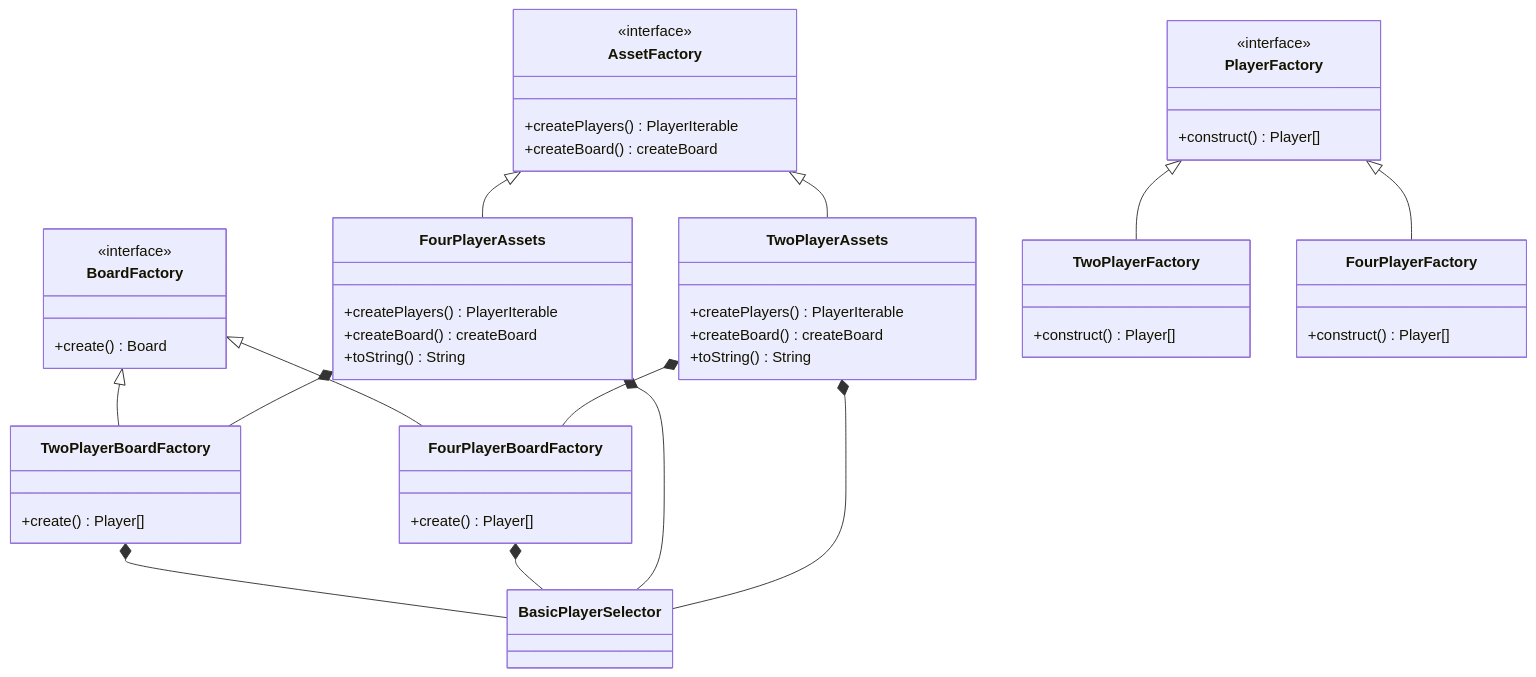
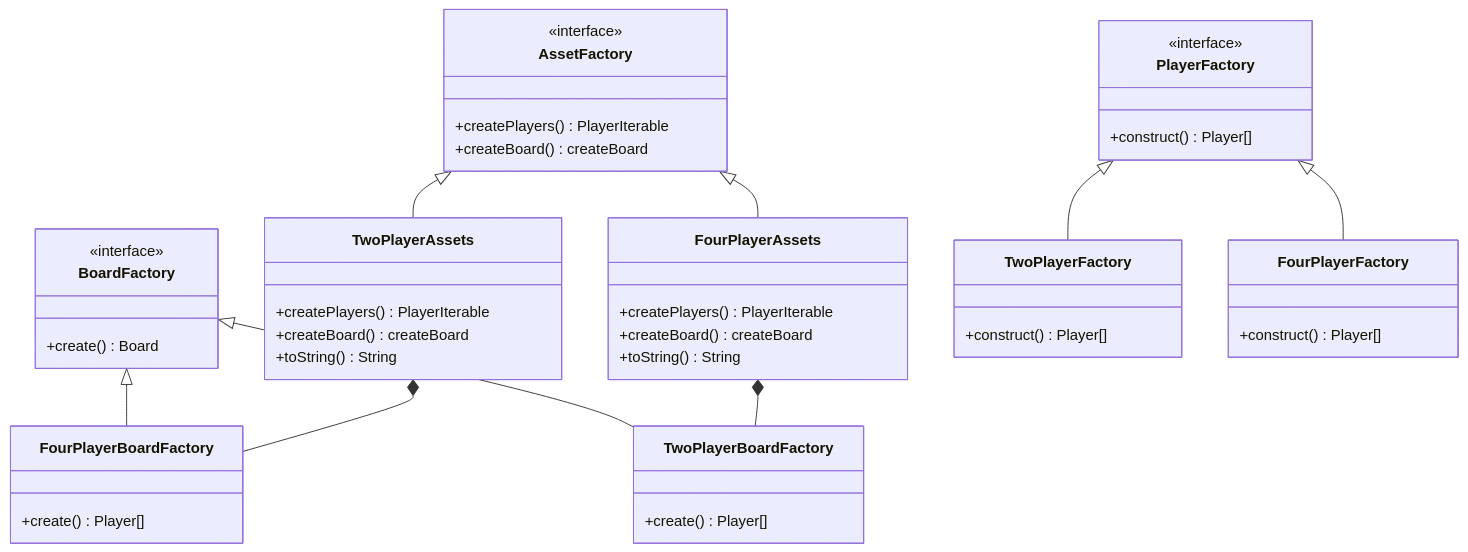
The fourth of 4 diagrams in README.md (Luke3470/DesignPaternsUni), drawn with Mermaid before and after one commit.

Commit message:
Player Graph Done

````diff
--- a/README.md
+++ b/README.md
@@ -120,59 +120,54 @@
 ```mermaid
 classDiagram
 
     class AssetFactory {
         <<interface>>
         +createPlayers() PlayerIterable
         +createBoard() createBoard
     }
     
     class BoardFactory {
         <<interface>>
         +create() Board
     }
     
     class PlayerFactory{
         <<interface>>
         +construct() Player[]    
     }
     
-        
     class TwoPlayerAssets{
         +createPlayers() PlayerIterable
         +createBoard() createBoard
         +toString() String
     }
     
     class FourPlayerAssets{
         +createPlayers() PlayerIterable
         +createBoard() createBoard
         +toString() String
     }
     
     class TwoPlayerFactory{
         +construct() Player[]    
     }
     
     class FourPlayerFactory{
         +construct() Player[]    
     }
     class TwoPlayerBoardFactory{
         +create() Player[]    
     }
     class FourPlayerBoardFactory{
         +create() Player[]    
     }
         
     PlayerFactory <|-- TwoPlayerFactory
     PlayerFactory <|-- FourPlayerFactory
     BoardFactory <|-- TwoPlayerBoardFactory
     BoardFactory <|-- FourPlayerBoardFactory
-    TwoPlayerBoardFactory *-- BasicPlayerSelector
-    FourPlayerBoardFactory *-- BasicPlayerSelector
     FourPlayerAssets *-- TwoPlayerBoardFactory
-    FourPlayerAssets *-- BasicPlayerSelector
     TwoPlayerAssets *-- FourPlayerBoardFactory
-    TwoPlayerAssets *-- BasicPlayerSelector
     AssetFactory <|-- TwoPlayerAssets
     AssetFactory <|-- FourPlayerAssets
 ```
````
